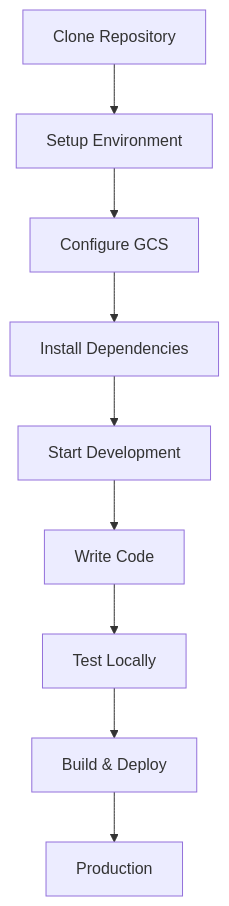
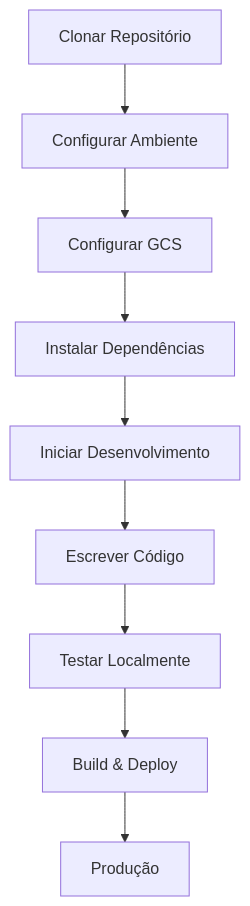
The second of 2 diagrams in docs/README.md (igorgcampos/dreamy-file-garden), drawn with Mermaid before and after one commit. The commit also changed other lines of this file and 12 other files, not shown here.

````diff
--- a/docs/README.md
+++ b/docs/README.md
@@ -85,13 +85,13 @@
 ```mermaid
 graph TD
-    A[Clone Repository] --> B[Setup Environment]
-    B --> C[Configure GCS]
-    C --> D[Install Dependencies]
-    D --> E[Start Development]
+    A[Clonar Repositório] --> B[Configurar Ambiente]
+    B --> C[Configurar GCS]
+    C --> D[Instalar Dependências]
+    D --> E[Iniciar Desenvolvimento]
     
-    E --> F[Write Code]
-    F --> G[Test Locally]
+    E --> F[Escrever Código]
+    F --> G[Testar Localmente]
     G --> H[Build & Deploy]
     
-    H --> I[Production]
+    H --> I[Produção]
 ```
````
